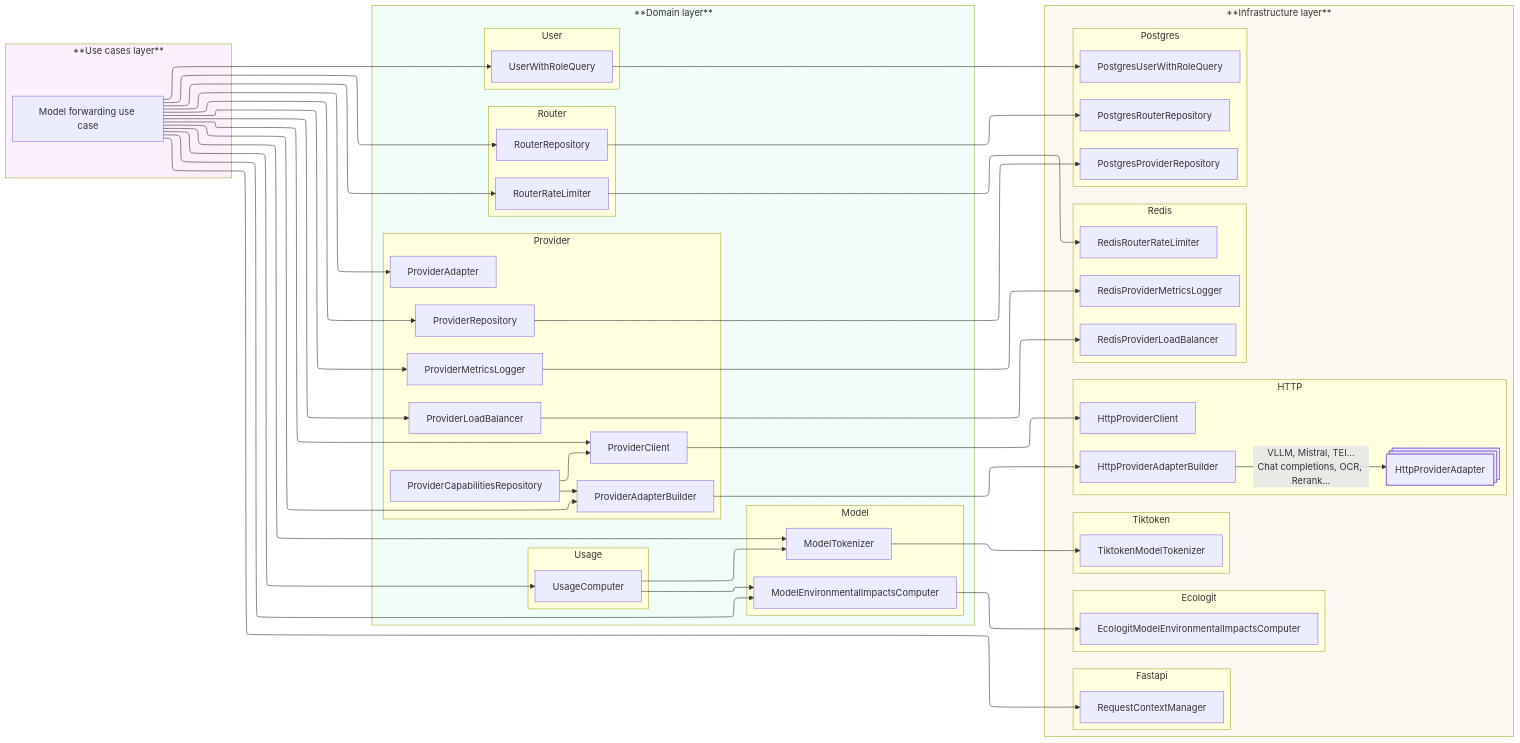
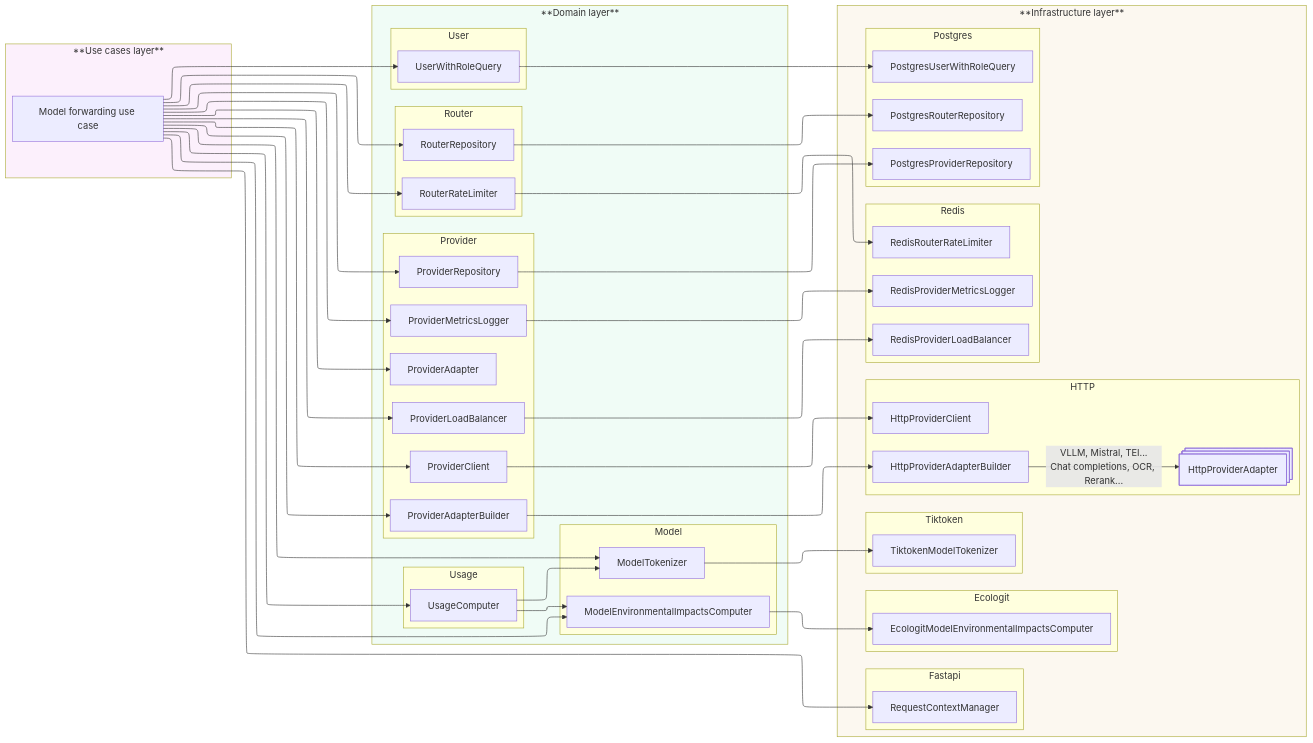
One commit to etalab-ia/OpenGateLLM changed the third of 3 diagrams in adr/2026-05-28-refactoring-model-forwarding.md. Above: the diagram before and after it, drawn with Mermaid. The commit also changed other lines of this file and 13 other files, not shown here.

```diff
--- a/adr/2026-05-28-refactoring-model-forwarding.md
+++ b/adr/2026-05-28-refactoring-model-forwarding.md
@@ -135,7 +135,6 @@
         provider_adapter_builder[ProviderAdapterBuilder]
         provider_adapter[ProviderAdapter]
         provider_repository[ProviderRepository]
-        provider_capabilities_repository[ProviderCapabilitiesRepository]
         provider_load_balancer[ProviderLoadBalancer]
         provider_client[ProviderClient]
         provider_metrics_logger[ProviderMetricsLogger]
@@ -197,10 +196,6 @@
 use_case --> usage_computer
 usage_computer --> model_environmental_impacts_computer
 usage_computer --> model_tokenizer
-provider_capabilities_repository --> provider_client
-provider_capabilities_repository --> provider_adapter_builder
-
-
 
 provider_adapter_builder --> http_provider_adapter_builder
 provider_client --> http_provider_client
```
